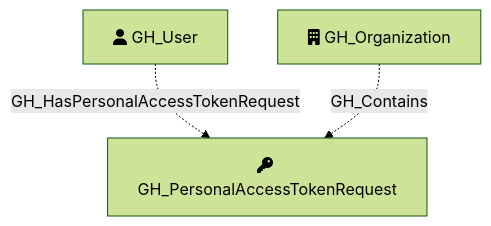
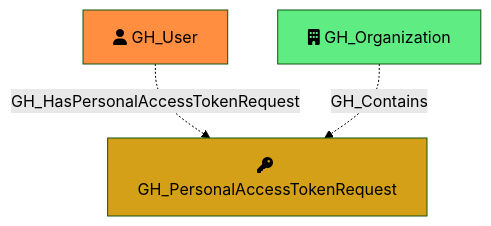
Before and after one commit to SpecterOps/bloodhound-docs: the diagram in docs/opengraph/extensions/githound/reference/nodes/gh_personalaccesstokenrequest.mdx, drawn with Mermaid (forest theme). The commit also changed other lines of this file and 52 other files, not shown here.

````diff
--- a/docs/opengraph/extensions/githound/reference/nodes/gh_personalaccesstokenrequest.mdx
+++ b/docs/opengraph/extensions/githound/reference/nodes/gh_personalaccesstokenrequest.mdx
@@ -54,10 +67,13 @@
 ```mermaid
 flowchart TD
     GH_PersonalAccessTokenRequest[fa:fa-key GH_PersonalAccessTokenRequest]
     GH_User[fa:fa-user GH_User]
     GH_Organization[fa:fa-building GH_Organization]
 
+    style GH_PersonalAccessTokenRequest fill:#D4A017
+    style GH_User fill:#FF8E40
+    style GH_Organization fill:#5FED83
 
     GH_User -.->|GH_HasPersonalAccessTokenRequest| GH_PersonalAccessTokenRequest
     GH_Organization -.->|GH_Contains| GH_PersonalAccessTokenRequest
 ```
````
